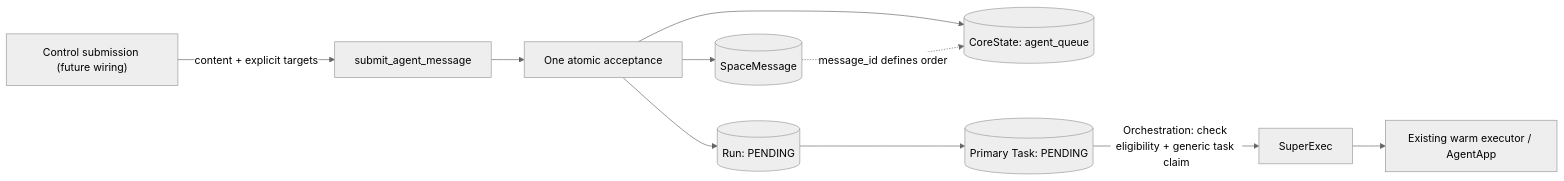
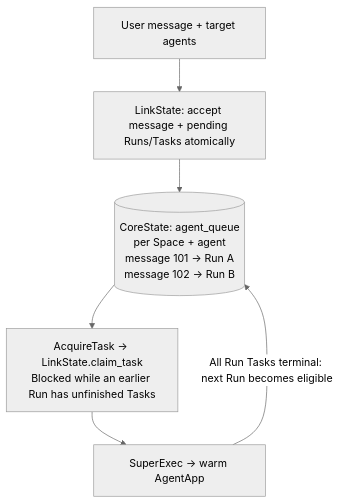
One commit to flwrlabs/flower changed the diagram in framework/docs/rfc-agent-run-orchestration.md. Above: the diagram before and after it, drawn with Mermaid (neutral theme). The commit also changed other lines of this file and 1 other file, not shown here.

Commit message:
fix(framework): Update agent queue schema expectation and RFC

````diff
--- a/framework/docs/rfc-agent-run-orchestration.md
+++ b/framework/docs/rfc-agent-run-orchestration.md
@@ -10,12 +40,8 @@
 ```mermaid
-flowchart LR
-    Submission["Control submission (future wiring)"] -->|"content + explicit targets"| Accept["submit_agent_message"]
-    Accept --> Transaction["One atomic acceptance"]
-    Transaction --> Message[("SpaceMessage")]
-    Transaction --> Queue[("CoreState: agent_queue")]
-    Transaction --> Run[("Run: PENDING")]
-    Run --> Task[("Primary Task: PENDING")]
-    Message -.->|"message_id defines order"| Queue
-    Task -->|"Orchestration: check eligibility + generic task claim"| Exec["SuperExec"]
-    Exec --> Warm["Existing warm executor / AgentApp"]
+flowchart TB
+    Message["User message + target agents"] --> Accept["LinkState: accept message + pending Runs/Tasks atomically"]
+    Accept --> Queue[("CoreState: agent_queue<br/>per Space + agent<br/>message 101 → Run A<br/>message 102 → Run B")]
+    Queue --> Claim["AcquireTask → LinkState.claim_task<br/>Blocked while an earlier Run has unfinished Tasks"]
+    Claim --> Worker["SuperExec → warm AgentApp"]
+    Worker -->|"All Run Tasks terminal: next Run becomes eligible"| Queue
 ```
````
